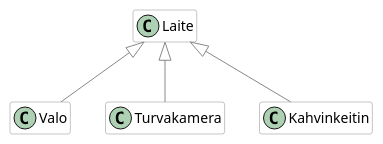
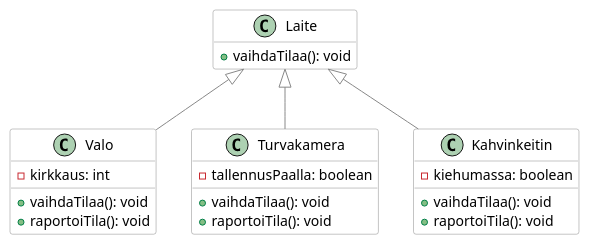
Before and after one commit to ohj-perus-jy/ohj2: the first of 2 diagrams in src/osa3/03-abstrakti-luokka.md, drawn with PlantUML. The commit also changed other lines of this file and 5 other files, not shown here.

````diff
--- a/src/osa3/03-abstrakti-luokka.md
+++ b/src/osa3/03-abstrakti-luokka.md
@@ -55,20 +57,34 @@
 ```plantuml
 @startuml
 hide empty members
 skinparam class {
     RoundCorner        0
     BorderColor        #888888
     BackgroundColor    transparent
 }
 skinparam arrowColor   #888888
 
-class Laite 
-class Valo
-class Turvakamera
-class Kahvinkeitin
+class Laite {
+    +vaihdaTilaa(): void
+}
+class Valo {
+    -kirkkaus: int
+    +vaihdaTilaa(): void
+    +raportoiTila(): void
+}
+class Turvakamera {
+    -tallennusPaalla: boolean
+    +vaihdaTilaa(): void
+    +raportoiTila(): void
+}
+class Kahvinkeitin {
+    -kiehumassa: boolean
+    +vaihdaTilaa(): void
+    +raportoiTila(): void
+}
 
 Laite <|-- Valo
 Laite <|-- Turvakamera
 Laite <|-- Kahvinkeitin
 @enduml
 ```
````
